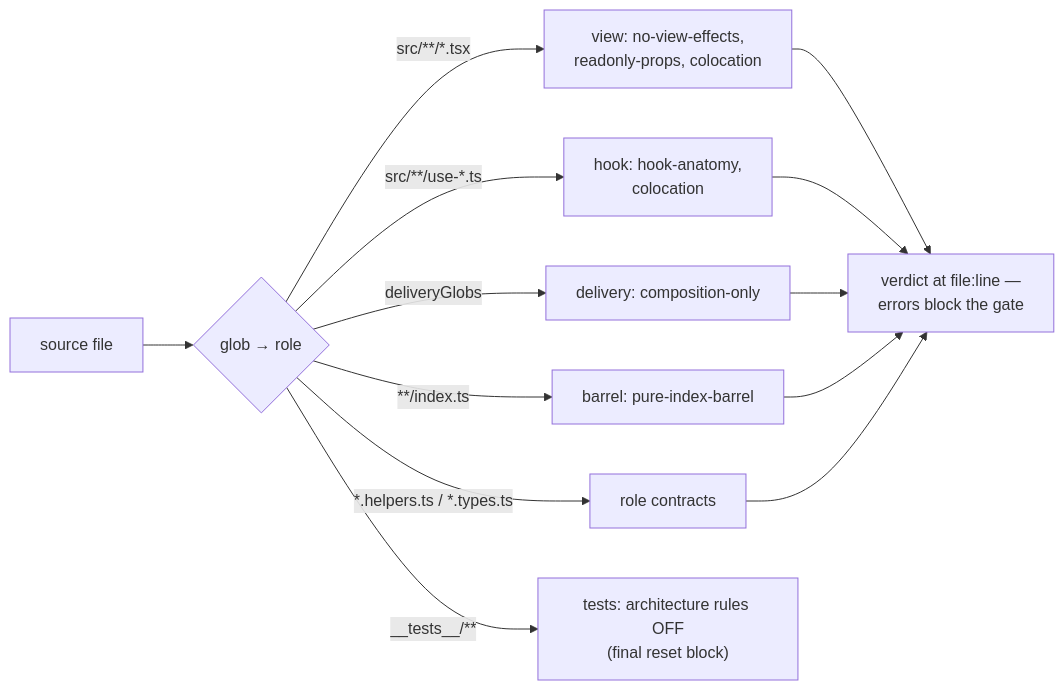
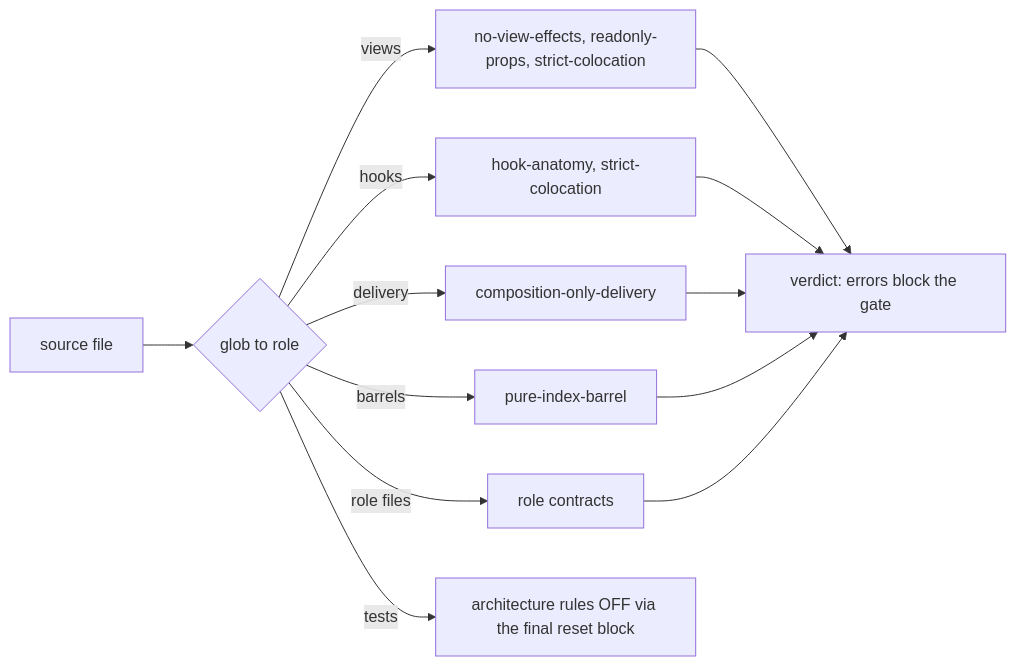
The second of 4 diagrams in docs/architecture.md (Disble/dlinter-ts-react), drawn with Mermaid before and after one commit. The commit also changed other lines of this file and 2 other files, not shown here.

First line of the commit message:
docs: use conservative mermaid syntax so diagrams render

````diff
--- a/docs/architecture.md
+++ b/docs/architecture.md
@@ -66,11 +60,15 @@
 ```mermaid
 flowchart LR
-    F["source file"] --> G{"glob → role"}
-    G -->|"src/**/*.tsx"| V["view: no-view-effects,<br/>readonly-props, colocation"]
-    G -->|"src/**/use-*.ts"| H["hook: hook-anatomy,<br/>colocation"]
-    G -->|"deliveryGlobs"| DL["delivery: composition-only"]
-    G -->|"**/index.ts"| B["barrel: pure-index-barrel"]
-    G -->|"*.helpers.ts / *.types.ts"| R["role contracts"]
-    G -->|"__tests__/**"| T["tests: architecture rules OFF<br/>(final reset block)"]
-    V & H & DL & B & R --> X["verdict at file:line —<br/>errors block the gate"]
+    F["source file"] --> G{"glob to role"}
+    G -->|views| V["no-view-effects, readonly-props, strict-colocation"]
+    G -->|hooks| H["hook-anatomy, strict-colocation"]
+    G -->|delivery| DL["composition-only-delivery"]
+    G -->|barrels| B["pure-index-barrel"]
+    G -->|role files| R["role contracts"]
+    G -->|tests| T["architecture rules OFF via the final reset block"]
+    V --> X["verdict: errors block the gate"]
+    H --> X
+    DL --> X
+    B --> X
+    R --> X
 ```
````
